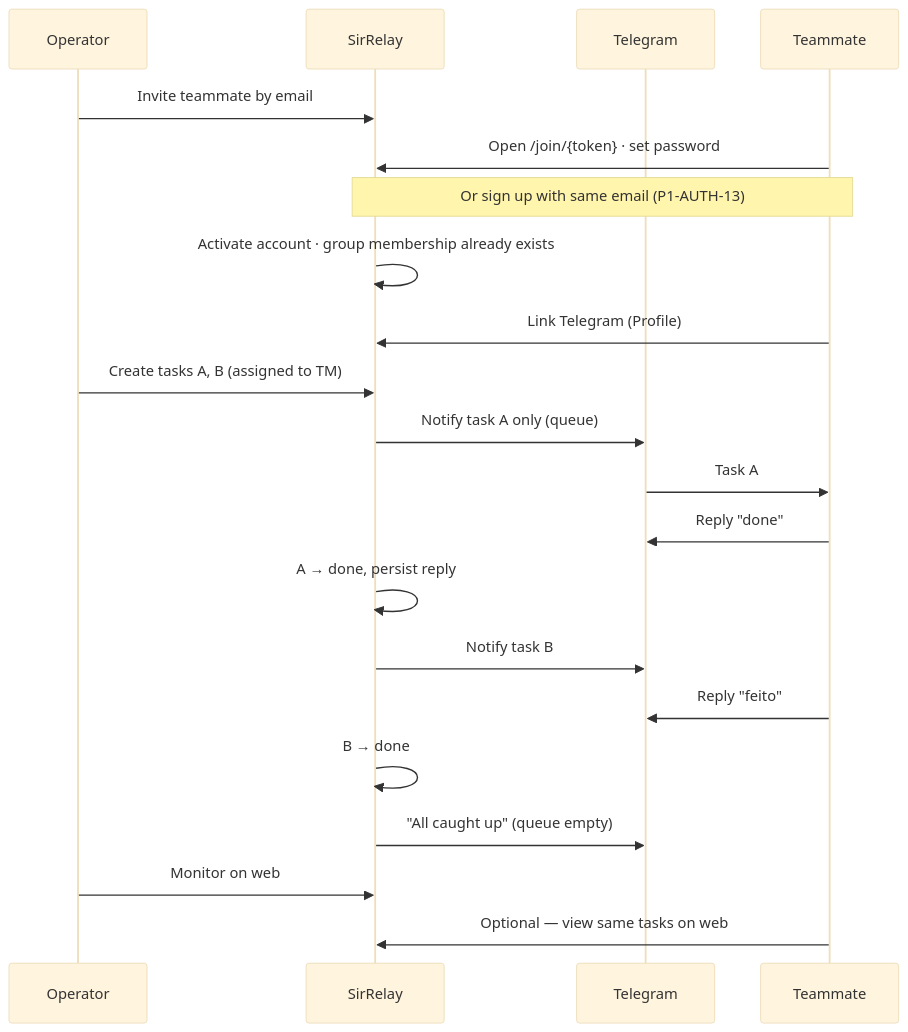
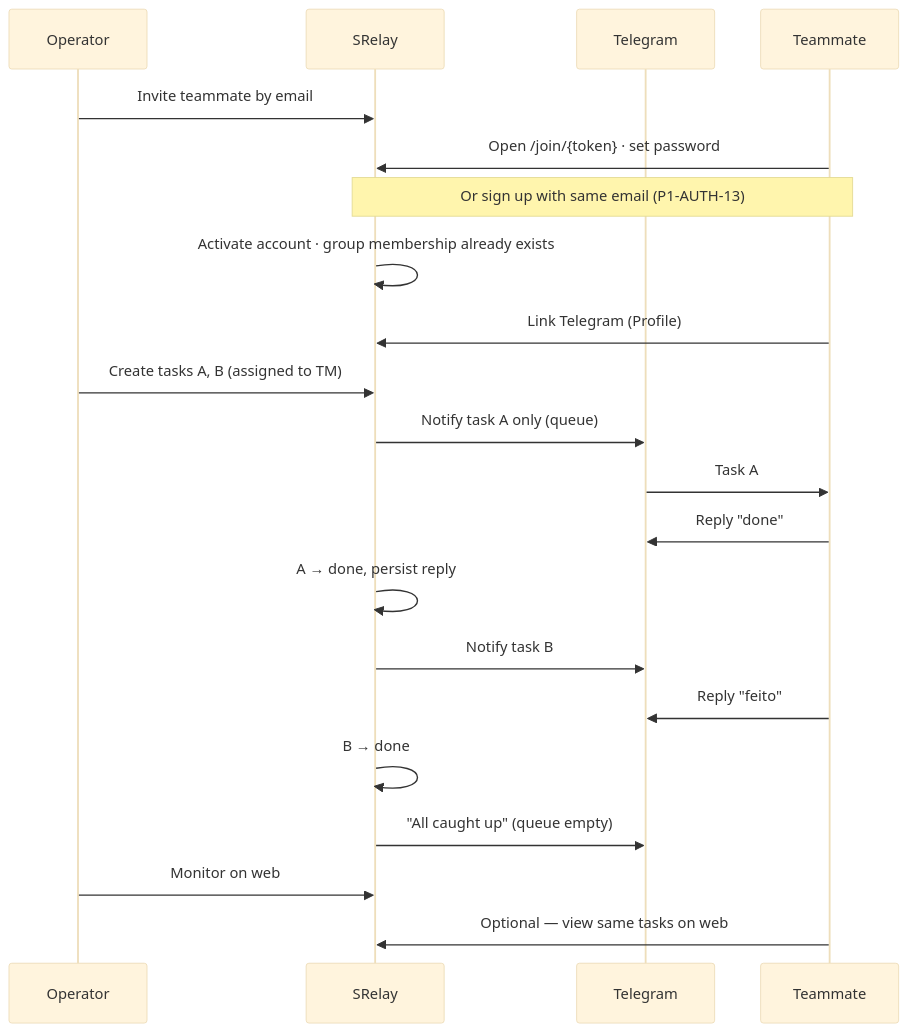
The diagram in docs/REQUIREMENTS.md (AndAleixo/sir-relay), drawn with Mermaid (base theme) before and after one commit. The commit also changed other lines of this file and 35 other files, not shown here.

First line of the commit message:
Update product name from SirRelay to SRelay across documentation and codebase

````diff
--- a/docs/REQUIREMENTS.md
+++ b/docs/REQUIREMENTS.md
@@ -37,24 +37,24 @@
 ```mermaid
 sequenceDiagram
   participant OP as Operator
-  participant APP as SirRelay
+  participant APP as SRelay
   participant TG as Telegram
   participant TM as Teammate
 
   OP->>APP: Invite teammate by email
   TM->>APP: Open /join/{token} · set password
   Note over TM,APP: Or sign up with same email (P1-AUTH-13)
   APP->>APP: Activate account · group membership already exists
   TM->>APP: Link Telegram (Profile)
   OP->>APP: Create tasks A, B (assigned to TM)
   APP->>TG: Notify task A only (queue)
   TG->>TM: Task A
   TM->>TG: Reply "done"
   APP->>APP: A → done, persist reply
   APP->>TG: Notify task B
   TM->>TG: Reply "feito"
   APP->>APP: B → done
   APP->>TG: "All caught up" (queue empty)
   OP->>APP: Monitor on web
   TM->>APP: Optional — view same tasks on web
 ```
````
